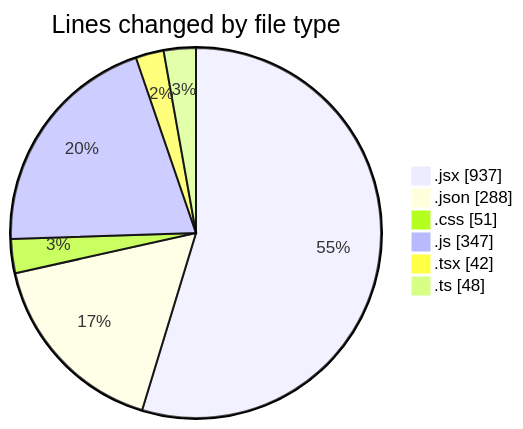
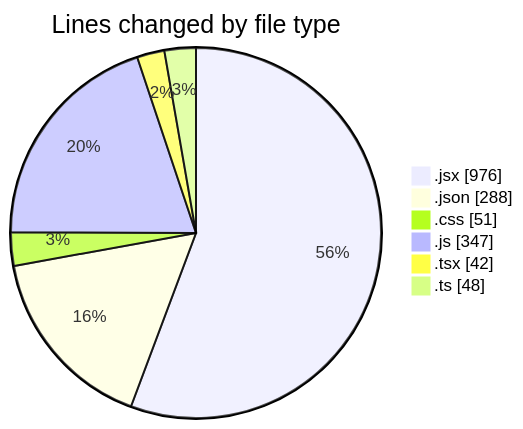
Before and after one commit to momahboobian/code-tracking: the first of 2 diagrams in 2026-03-19/commonwealth-front-end-task/README.md, drawn with Mermaid. The commit also changed other lines of this file and 1 other file, not shown here.

````diff
--- a/2026-03-19/commonwealth-front-end-task/README.md
+++ b/2026-03-19/commonwealth-front-end-task/README.md
@@ -38,10 +39,10 @@
 ```mermaid
 pie showData
 title Lines changed by file type
-".jsx" : 937
+".jsx" : 976
 ".json" : 288
 ".css" : 51
 ".js" : 347
 ".tsx" : 42
 ".ts" : 48
 ```
````
